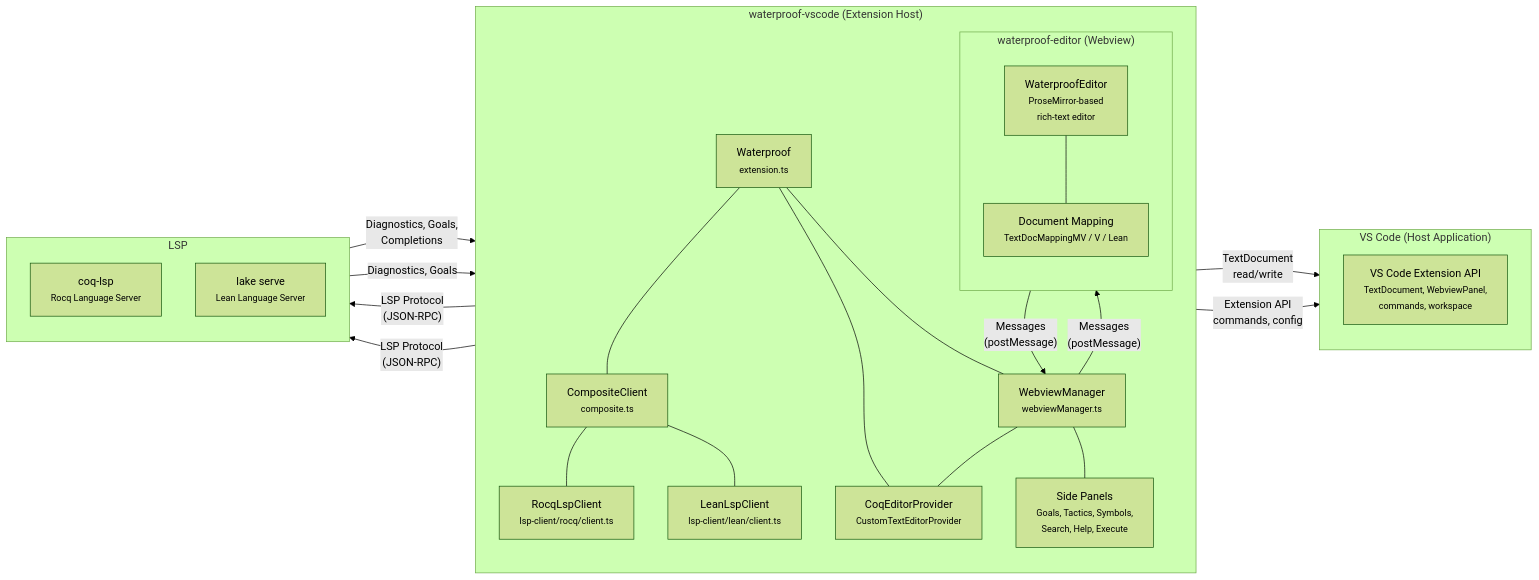
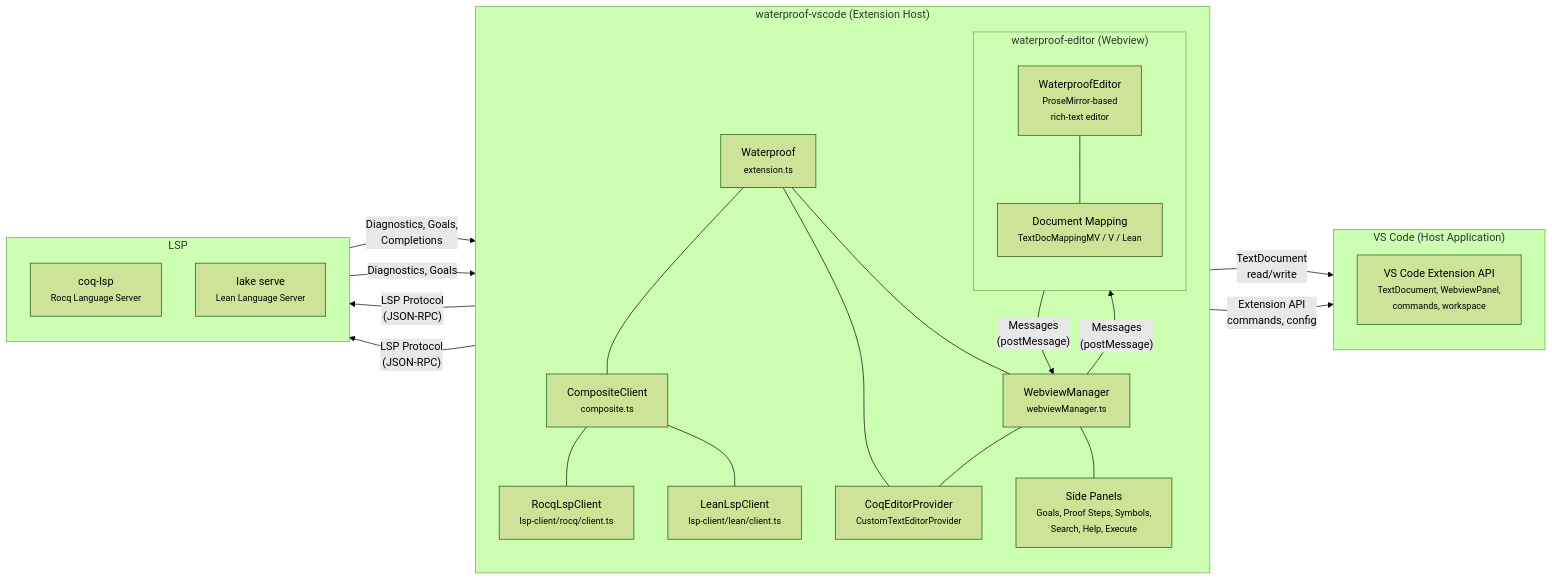
The first of 2 diagrams in developer-resources/architecture.md (impermeable/waterproof-vscode), drawn with Mermaid (forest theme) before and after one commit. The commit also changed other lines of this file and 5 other files, not shown here.

````diff
--- a/developer-resources/architecture.md
+++ b/developer-resources/architecture.md
@@ -23,50 +23,50 @@
 ```mermaid
 graph LR
     subgraph "VS Code (Host Application)"
         direction TB
         VSCODE_API["VS Code Extension API<br/><small>TextDocument, WebviewPanel,<br/>commands, workspace</small>"]
     end
 
     subgraph "waterproof-vscode (Extension Host)"
         direction TB
         EXT["Waterproof<br/><small>extension.ts</small>"]
         WVM["WebviewManager<br/><small>webviewManager.ts</small>"]
         PROV["CoqEditorProvider<br/><small>CustomTextEditorProvider</small>"]
         COMP["CompositeClient<br/><small>composite.ts</small>"]
         ROCQ_C["RocqLspClient<br/><small>lsp-client/rocq/client.ts</small>"]
         LEAN_C["LeanLspClient<br/><small>lsp-client/lean/client.ts</small>"]
-        PANELS["Side Panels<br/><small>Goals, Tactics, Symbols,<br/>Search, Help, Execute</small>"]
+        PANELS["Side Panels<br/><small>Goals, Proof Steps, Symbols,<br/>Search, Help, Execute</small>"]
 
         subgraph "waterproof-editor (Webview)"
             direction TB
             PM["WaterproofEditor<br/><small>ProseMirror-based<br/>rich-text editor</small>"]
             MAP["Document Mapping<br/><small>TextDocMappingMV / V / Lean</small>"]
             PM --- MAP
         end
 
         EXT --- WVM
         EXT --- COMP
         COMP --- ROCQ_C
         COMP --- LEAN_C
         EXT --- PROV
         WVM --- PANELS
         WVM --- PROV
     end
 
     subgraph "LSP"
         direction TB
         COQ_LSP["coq-lsp<br/><small>Rocq Language Server</small>"]
         LEAN_LSP["lake serve<br/><small>Lean Language Server</small>"]
     end
 
     PM -- "Messages<br/>(postMessage)" --> WVM
     WVM -- "Messages<br/>(postMessage)" --> PM
 
     PROV -- "TextDocument<br/>read/write" --> VSCODE_API
     EXT -- "Extension API<br/>commands, config" --> VSCODE_API
 
     ROCQ_C -- "LSP Protocol<br/>(JSON-RPC)" --> COQ_LSP
     COQ_LSP -- "Diagnostics, Goals,<br/>Completions" --> ROCQ_C
     LEAN_C -- "LSP Protocol<br/>(JSON-RPC)" --> LEAN_LSP
     LEAN_LSP -- "Diagnostics, Goals" --> LEAN_C
 ```
````
